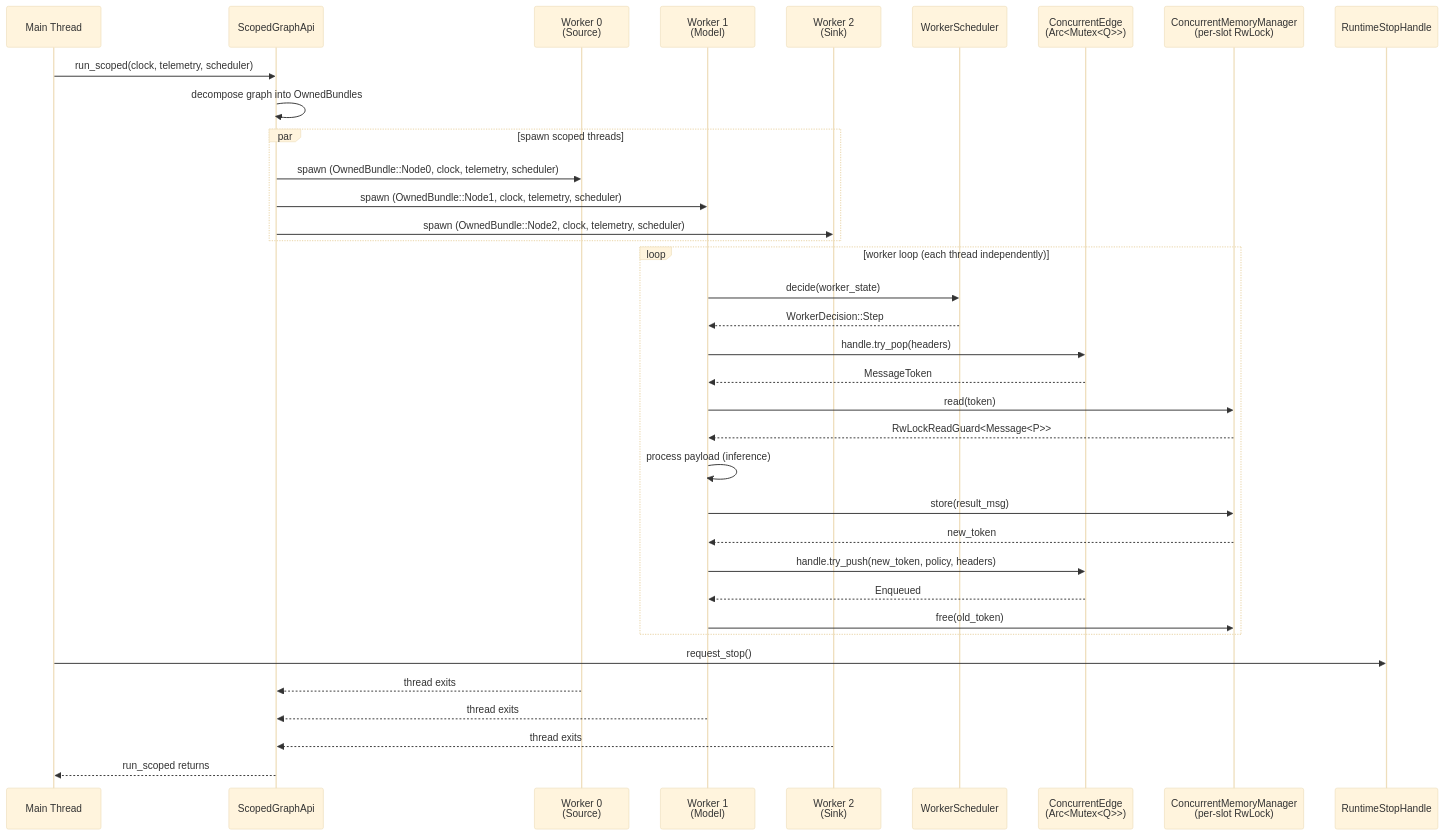
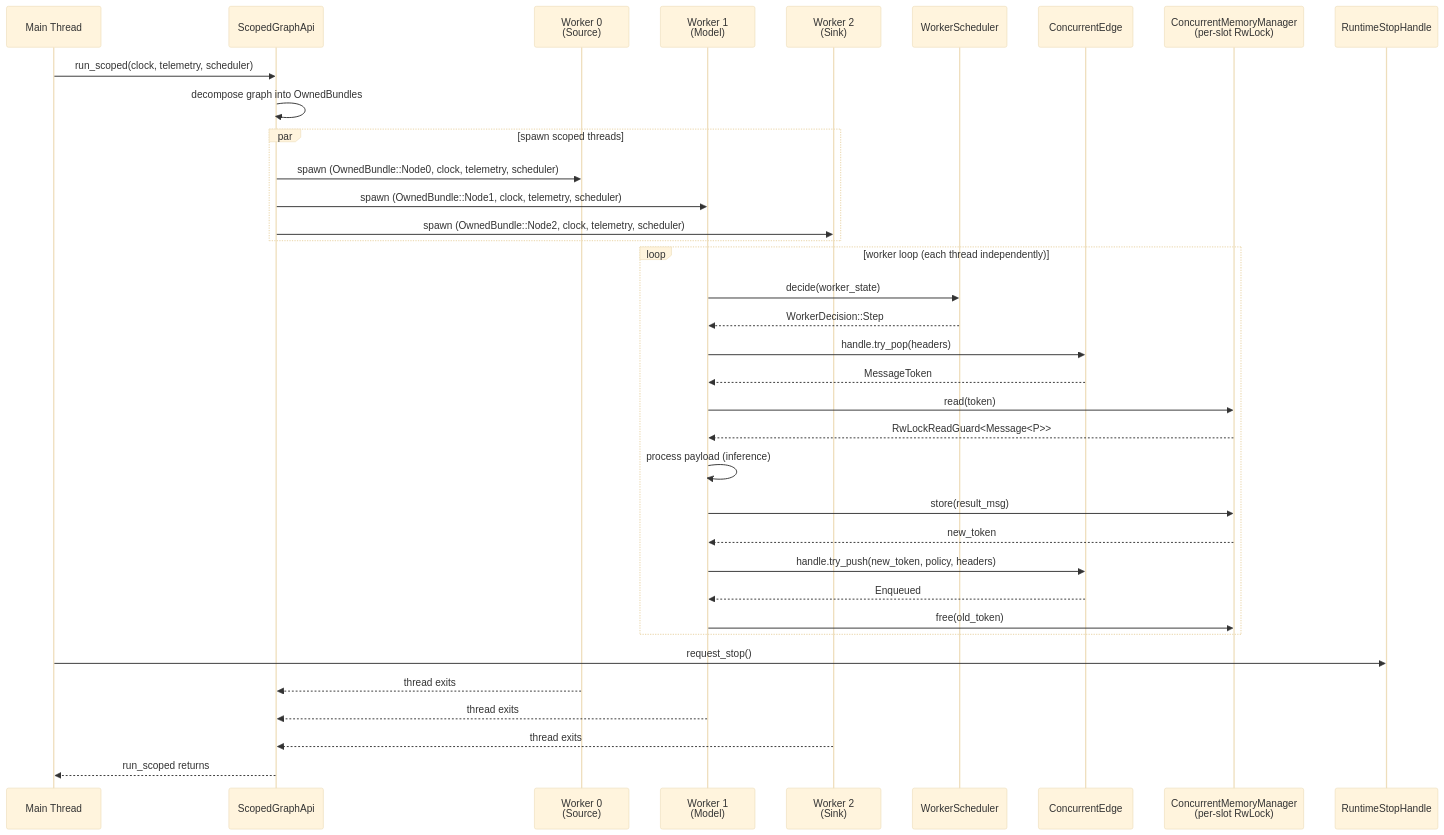
Before and after one commit to umbriel-sys/limen: the diagram in docs/architecture/graph_flow_concurrent.md, drawn with Mermaid (base theme). The commit also changed other lines of this file and 27 other files, not shown here.

````diff
--- a/docs/architecture/graph_flow_concurrent.md
+++ b/docs/architecture/graph_flow_concurrent.md
@@ -11,42 +11,42 @@
 ```mermaid
 sequenceDiagram
     participant Main as Main Thread
     participant SGA as ScopedGraphApi
     participant W0 as Worker 0<br/>(Source)
     participant W1 as Worker 1<br/>(Model)
     participant W2 as Worker 2<br/>(Sink)
     participant SCH as WorkerScheduler
-    participant CE as ConcurrentEdge<br/>(Arc<Mutex<Q>>)
+    participant CE as ConcurrentEdge
     participant CMM as ConcurrentMemoryManager<br/>(per-slot RwLock)
     participant STOP as RuntimeStopHandle
 
     Main->>SGA: run_scoped(clock, telemetry, scheduler)
     SGA->>SGA: decompose graph into OwnedBundles
 
     par spawn scoped threads
         SGA->>W0: spawn (OwnedBundle::Node0, clock, telemetry, scheduler)
         SGA->>W1: spawn (OwnedBundle::Node1, clock, telemetry, scheduler)
         SGA->>W2: spawn (OwnedBundle::Node2, clock, telemetry, scheduler)
     end
 
     loop worker loop (each thread independently)
         W1->>SCH: decide(worker_state)
         SCH-->>W1: WorkerDecision::Step
         W1->>CE: handle.try_pop(headers)
         CE-->>W1: MessageToken
         W1->>CMM: read(token)
         CMM-->>W1: RwLockReadGuard<Message<P>>
         W1->>W1: process payload (inference)
         W1->>CMM: store(result_msg)
         CMM-->>W1: new_token
         W1->>CE: handle.try_push(new_token, policy, headers)
         CE-->>W1: Enqueued
         W1->>CMM: free(old_token)
     end
 
     Main->>STOP: request_stop()
     W0-->>SGA: thread exits
     W1-->>SGA: thread exits
     W2-->>SGA: thread exits
     SGA-->>Main: run_scoped returns
 ```
````
